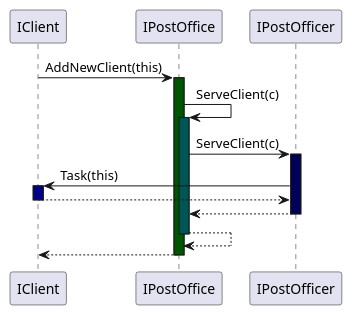
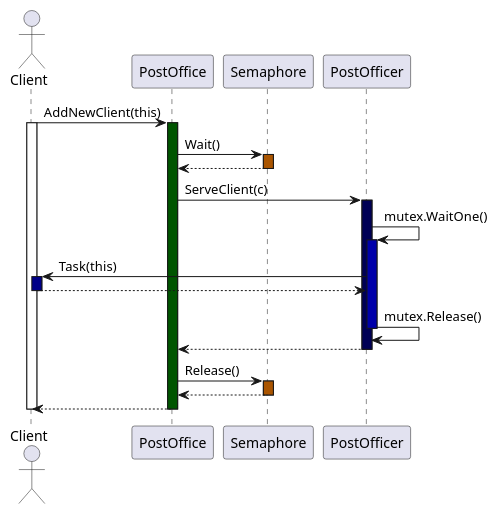
The diagram in diagrams/PostOffice.plantuml (kpodlaski/ProgASP_2025-26), drawn with PlantUML before and after one commit. The commit also changed 26 other files, not shown here.

```diff
--- a/diagrams/PostOffice.plantuml
+++ b/diagrams/PostOffice.plantuml
@@ -1,10 +1,28 @@
 @startuml
-IClient -> IPostOffice ++ #005500 : AddNewClient(this)
-    IPostOffice -> IPostOffice ++ #005555: ServeClient(c)
-        IPostOffice -> IPostOfficer ++ #000055: ServeClient(c)
-            IPostOfficer -> IClient++ #000088: Task(this)
-            return 
-        return 
-    return 
-return
+actor Client
+participant PostOffice
+participant Semaphore
+participant PostOfficer
+
+Client -> PostOffice ++ #005500 : AddNewClient(this)
+activate Client
+
+PostOffice -> Semaphore ++ #AA5500 : Wait()
+Semaphore --> PostOffice -- #AA5500
+
+PostOffice -> PostOfficer ++ #000055: ServeClient(c)
+    PostOfficer -> PostOfficer ++ #0000AA : mutex.WaitOne()
+    PostOfficer -> Client ++ #000088: Task(this)
+    Client --> PostOfficer
+    deactivate Client
+    PostOfficer -> PostOfficer -- #0000AA : mutex.Release()
+PostOfficer --> PostOffice
+deactivate PostOfficer
+
+PostOffice -> Semaphore ++ #AA5500 : Release()
+Semaphore --> PostOffice -- #AA5500
+
+PostOffice --> Client
+deactivate PostOffice
+deactivate Client
 @enduml
```
